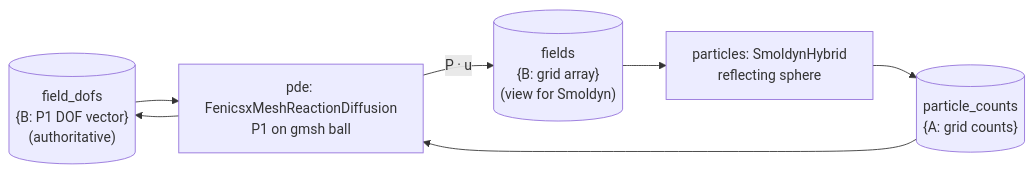
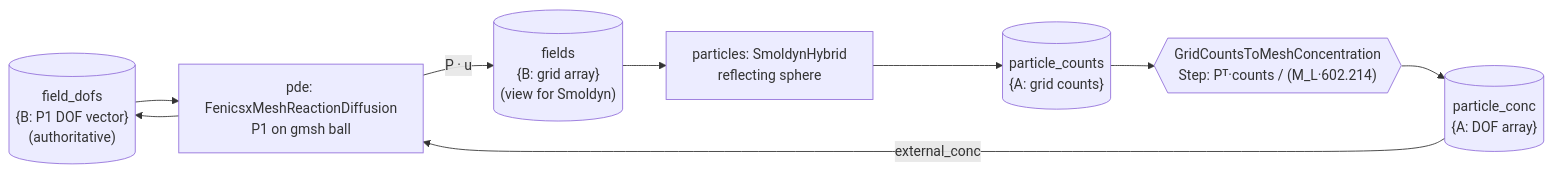
The fourth of 7 diagrams in docs/DESIGN.md (vivarium-collective/viva-pde-particle), drawn with Mermaid before and after one commit. The commit also changed other lines of this file and 13 other files, not shown here.

First line of the commit message:
feat(phase7a): particle -> PDE adapters as Steps; general PDE engines

````diff
--- a/docs/DESIGN.md
+++ b/docs/DESIGN.md
@@ -439,14 +452,18 @@
 ```mermaid
 flowchart LR
   D[("field_dofs<br/>{B: P1 DOF vector}<br/>(authoritative)")]
   F[("fields<br/>{B: grid array}<br/>(view for Smoldyn)")]
   C[("particle_counts<br/>{A: grid counts}")]
+  PC[("particle_conc<br/>{A: DOF array}")]
+  S{{"GridCountsToMeshConcentration<br/>Step: Pᵀ·counts / (M_L·602.214)"}}
   PDE["pde: FenicsxMeshReactionDiffusion<br/>P1 on gmsh ball"]
   PART["particles: SmoldynHybrid<br/>reflecting sphere"]
   D --> PDE
-  C --> PDE
+  C --> S
+  S --> PC
+  PC -- external_conc --> PDE
   PDE --> D
   PDE -- "P · u" --> F
   F --> PART
   PART --> C
 ```
````
